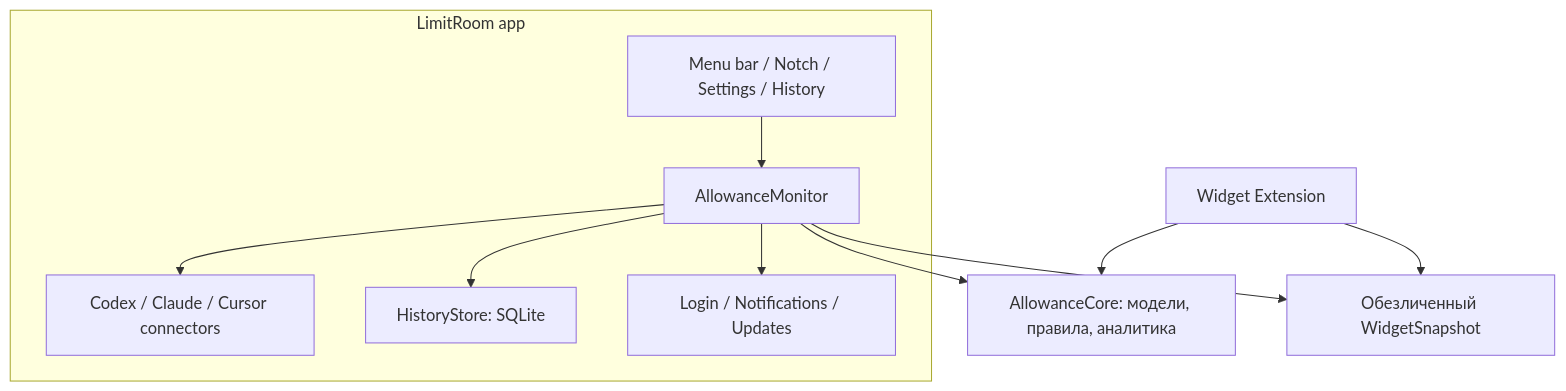
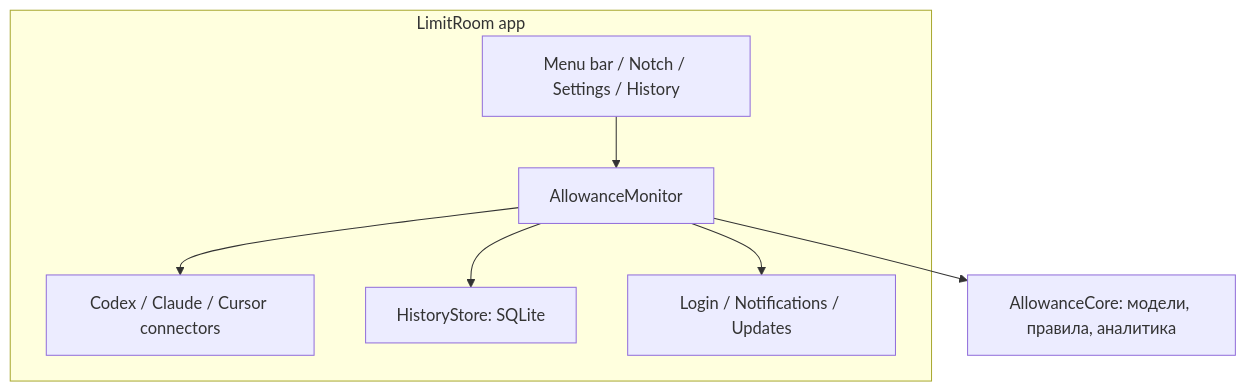
Before and after one commit to rvrhiv/LimitRoom: the diagram in docs/architecture.md, drawn with Mermaid. The commit also changed other lines of this file and 38 other files, not shown here.

````diff
--- a/docs/architecture.md
+++ b/docs/architecture.md
@@ -33,21 +32,16 @@
 ```mermaid
 flowchart TB
   subgraph app[LimitRoom app]
     UI[Menu bar / Notch / Settings / History]
     Runtime[AllowanceMonitor]
     Connectors[Codex / Claude / Cursor connectors]
     Store[HistoryStore: SQLite]
     Platform[Login / Notifications / Updates]
     UI --> Runtime
     Runtime --> Connectors
     Runtime --> Store
     Runtime --> Platform
   end
   Core[AllowanceCore: модели, правила, аналитика]
-  Snapshot[Обезличенный WidgetSnapshot]
-  Widget[Widget Extension]
   Runtime --> Core
-  Runtime --> Snapshot
-  Widget --> Snapshot
-  Widget --> Core
 ```
````
